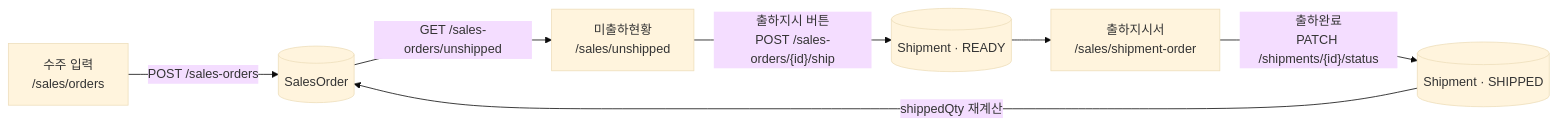
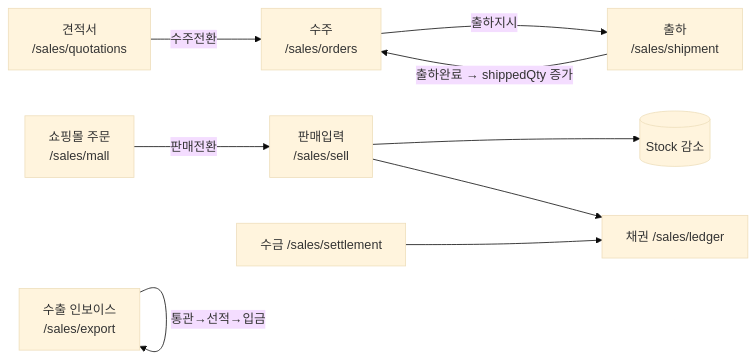
Before and after one commit to KWANHYUNKIM/industry-erp: the eighth of 11 diagrams in docs/데이터-관계도.md, drawn with Mermaid (base theme). The commit also changed other lines of this file and 1 other file, not shown here.

````diff
--- a/docs/데이터-관계도.md
+++ b/docs/데이터-관계도.md
@@ -119,9 +184,11 @@
 ```mermaid
 flowchart LR
-  A["수주 입력<br/>/sales/orders"] -->|POST /sales-orders| B[(SalesOrder)]
-  B -->|GET /sales-orders/unshipped| C["미출하현황<br/>/sales/unshipped"]
-  C -->|"출하지시 버튼<br/>POST /sales-orders/{id}/ship"| D[(Shipment · READY)]
-  D --> E["출하지시서<br/>/sales/shipment-order"]
-  E -->|"출하완료<br/>PATCH /shipments/{id}/status"| F[(Shipment · SHIPPED)]
-  F -->|shippedQty 재계산| B
+  Q["견적서<br/>/sales/quotations"] -->|"수주전환"| SO["수주<br/>/sales/orders"]
+  SO -->|"출하지시"| SH["출하<br/>/sales/shipment"]
+  SH -->|"출하완료 → shippedQty 증가"| SO
+  TE["판매입력<br/>/sales/sell"] --> ST[(Stock 감소)]
+  TE --> LG["채권 /sales/ledger"]
+  SET["수금 /sales/settlement"] --> LG
+  MALL["쇼핑몰 주문<br/>/sales/mall"] -->|"판매전환"| TE
+  EXP["수출 인보이스<br/>/sales/export"] -->|"통관→선적→입금"| EXP
 ```
````
